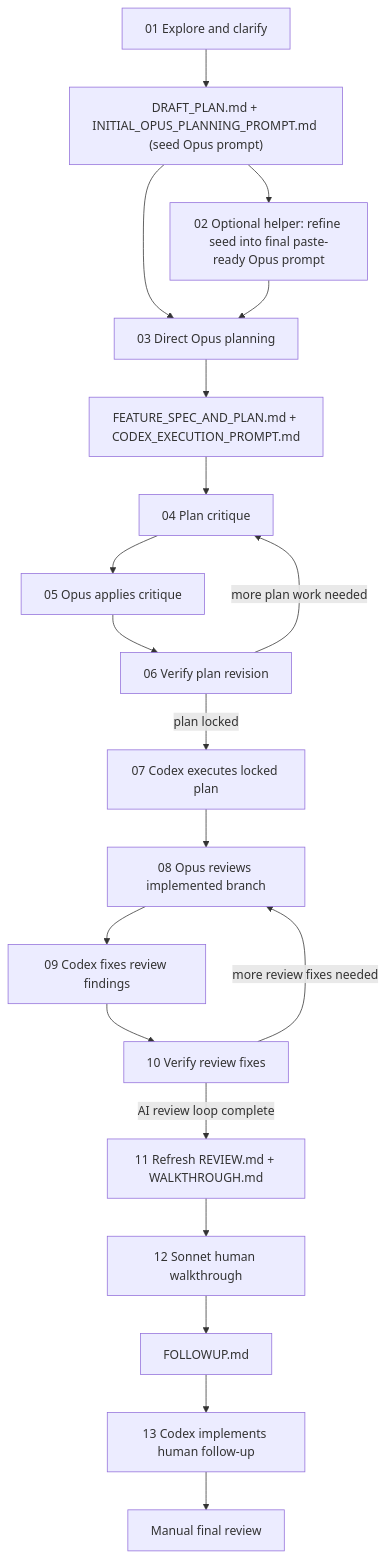
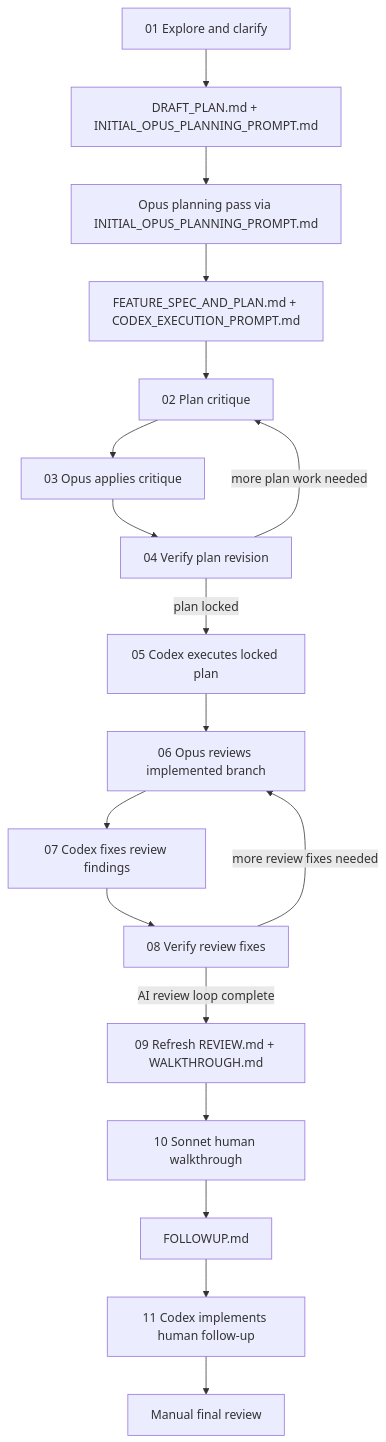
One commit to viseshrp/ai-coding-workflow changed the diagram in README.md. Above: the diagram before and after it, drawn with Mermaid. The commit also changed other lines of this file and 15 other files, not shown here.

````diff
--- a/README.md
+++ b/README.md
@@ -221,22 +217,20 @@
 ```mermaid
 flowchart TD
-    A["01 Explore and clarify"] --> B["DRAFT_PLAN.md + INITIAL_OPUS_PLANNING_PROMPT.md (seed Opus prompt)"]
-    B --> C["02 Optional helper: refine seed into final paste-ready Opus prompt"]
-    B --> D["03 Direct Opus planning"]
-    C --> D
-    D --> E["FEATURE_SPEC_AND_PLAN.md + CODEX_EXECUTION_PROMPT.md"]
-    E --> F["04 Plan critique"]
-    F --> G["05 Opus applies critique"]
-    G --> H["06 Verify plan revision"]
-    H -- "more plan work needed" --> F
-    H -- "plan locked" --> I["07 Codex executes locked plan"]
-    I --> J["08 Opus reviews implemented branch"]
-    J --> K["09 Codex fixes review findings"]
-    K --> L["10 Verify review fixes"]
-    L -- "more review fixes needed" --> J
-    L -- "AI review loop complete" --> M["11 Refresh REVIEW.md + WALKTHROUGH.md"]
-    M --> N["12 Sonnet human walkthrough"]
-    N --> O["FOLLOWUP.md"]
-    O --> P["13 Codex implements human follow-up"]
-    P --> Q["Manual final review"]
+    A["01 Explore and clarify"] --> B["DRAFT_PLAN.md + INITIAL_OPUS_PLANNING_PROMPT.md"]
+    B --> C["Opus planning pass via INITIAL_OPUS_PLANNING_PROMPT.md"]
+    C --> D["FEATURE_SPEC_AND_PLAN.md + CODEX_EXECUTION_PROMPT.md"]
+    D --> E["02 Plan critique"]
+    E --> F["03 Opus applies critique"]
+    F --> G["04 Verify plan revision"]
+    G -- "more plan work needed" --> E
+    G -- "plan locked" --> H["05 Codex executes locked plan"]
+    H --> I["06 Opus reviews implemented branch"]
+    I --> J["07 Codex fixes review findings"]
+    J --> K["08 Verify review fixes"]
+    K -- "more review fixes needed" --> I
+    K -- "AI review loop complete" --> L["09 Refresh REVIEW.md + WALKTHROUGH.md"]
+    L --> M["10 Sonnet human walkthrough"]
+    M --> N["FOLLOWUP.md"]
+    N --> O["11 Codex implements human follow-up"]
+    O --> P["Manual final review"]
 ```
````
